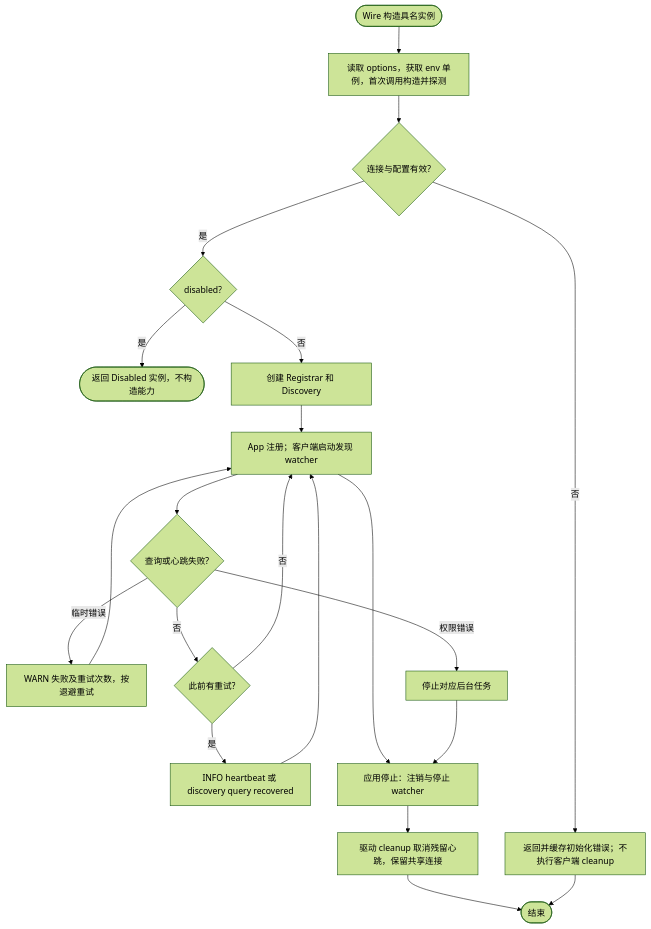
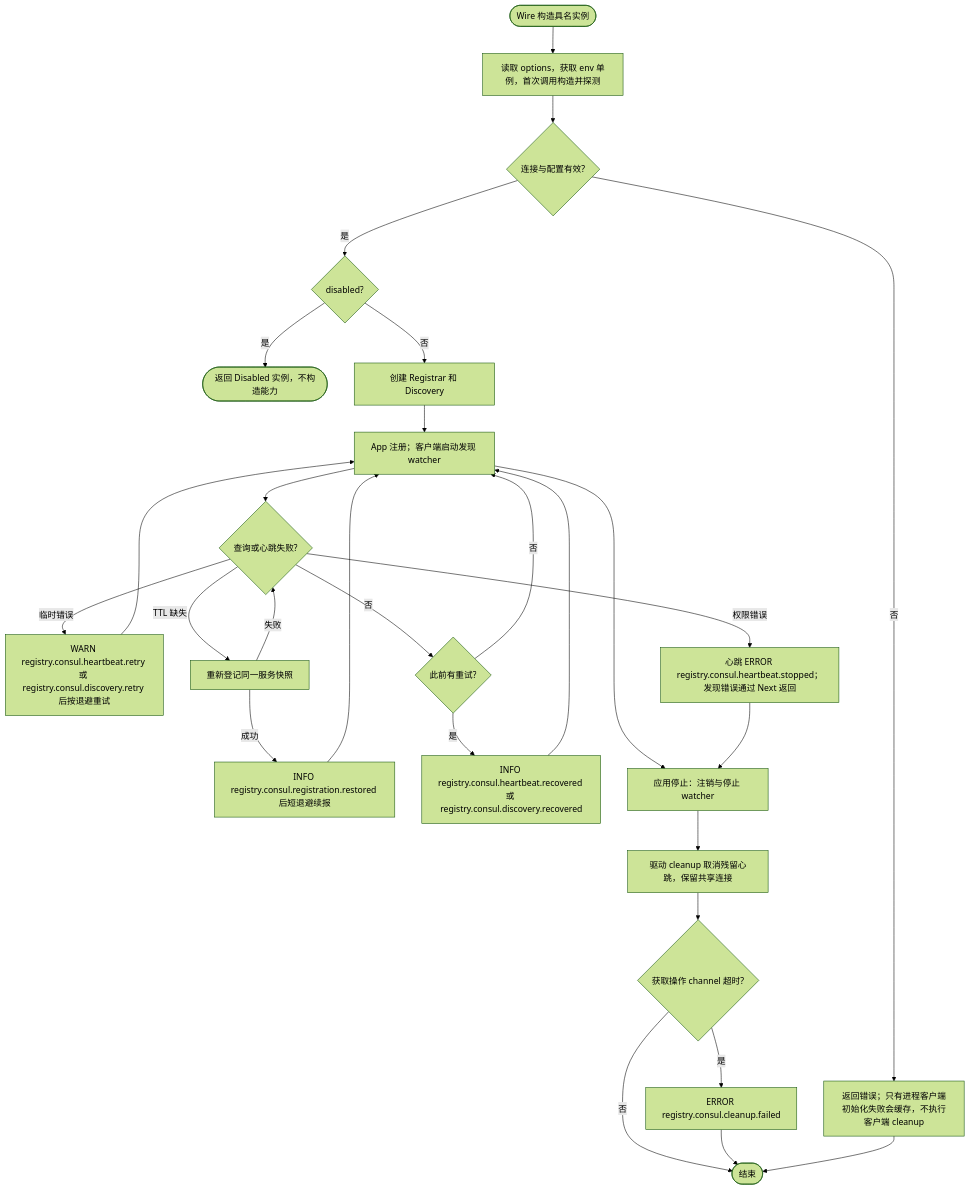
Before and after one commit to jaggerzhuang1994/kratos-foundation: the diagram in contrib/registry/consul/README.md, drawn with Mermaid (forest theme). The commit also changed other lines of this file and 204 other files, not shown here.

````diff
--- a/contrib/registry/consul/README.md
+++ b/contrib/registry/consul/README.md
@@ -22,23 +22,30 @@
 ```mermaid
 flowchart TD
  A([Wire 构造具名实例]) --> B[读取 options，获取 env 单例，首次调用构造并探测]
  B --> C{连接与配置有效?}
- C -- 否 --> X[返回并缓存初始化错误；不执行客户端 cleanup]
+ C -- 否 --> X[返回错误；只有进程客户端初始化失败会缓存，不执行客户端 cleanup]
  C -- 是 --> Z{disabled?}
  Z -- 是 --> V([返回 Disabled 实例，不构造能力])
  Z -- 否 --> D[创建 Registrar 和 Discovery]
  D --> E[App 注册；客户端启动发现 watcher]
  E --> F{查询或心跳失败?}
- F -- 临时错误 --> G[WARN 失败及重试次数，按退避重试]
+ F -- 临时错误 --> G[WARN registry.consul.heartbeat.retry 或 registry.consul.discovery.retry 后按退避重试]
  G --> E
- F -- 权限错误 --> H[停止对应后台任务]
+ F -- 权限错误 --> H[心跳 ERROR registry.consul.heartbeat.stopped；发现错误通过 Next 返回]
+ F -- TTL 缺失 --> T[重新登记同一服务快照]
+ T -- 成功 --> U[INFO registry.consul.registration.restored 后短退避续报]
+ U --> E
+ T -- 失败 --> F
  F -- 否 --> R{此前有重试?}
- R -- 是 --> S[INFO heartbeat 或 discovery query recovered]
+ R -- 是 --> S[INFO registry.consul.heartbeat.recovered 或 registry.consul.discovery.recovered]
  S --> E
  R -- 否 --> E
  E --> I[应用停止：注销与停止 watcher]
  H --> I
  I --> J[驱动 cleanup 取消残留心跳，保留共享连接]
- J --> K([结束])
+ J --> J1{获取操作 channel 超时?}
+ J1 -- 是 --> J2[ERROR registry.consul.cleanup.failed]
+ J1 -- 否 --> K([结束])
+ J2 --> K
  X --> K
 ```
````
